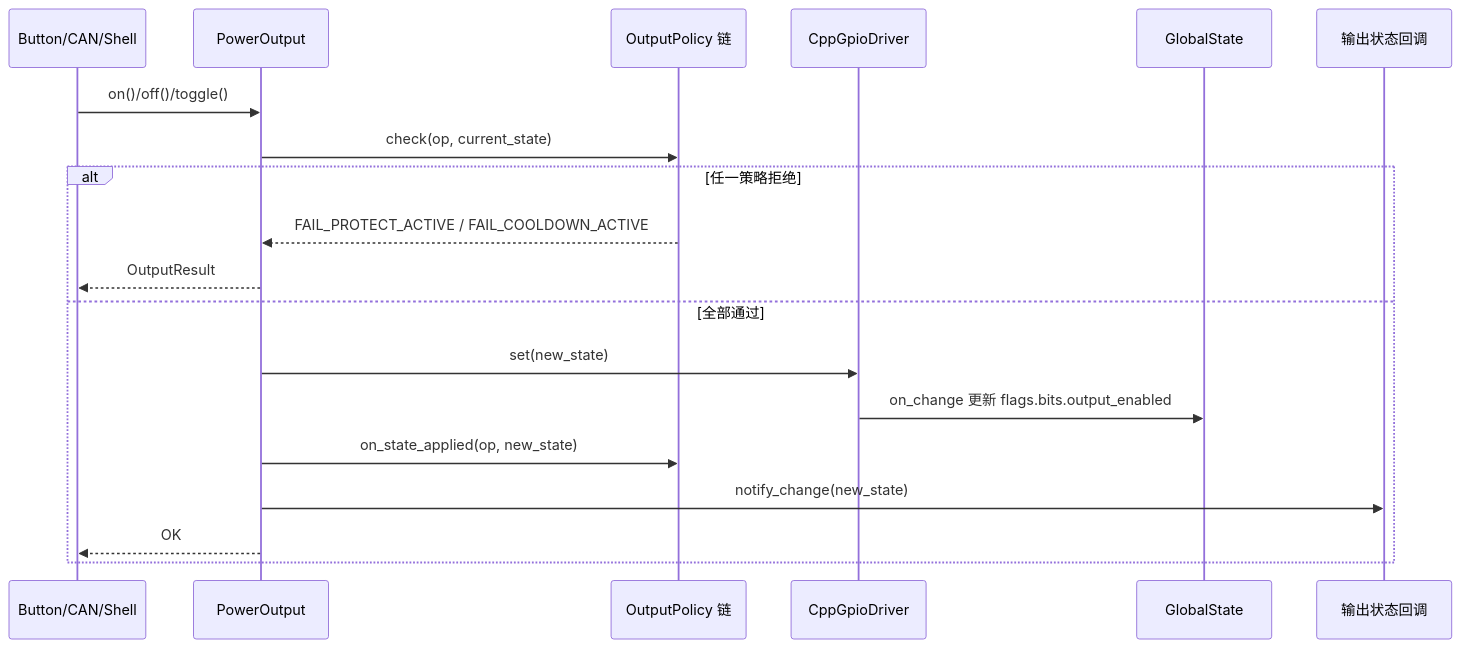
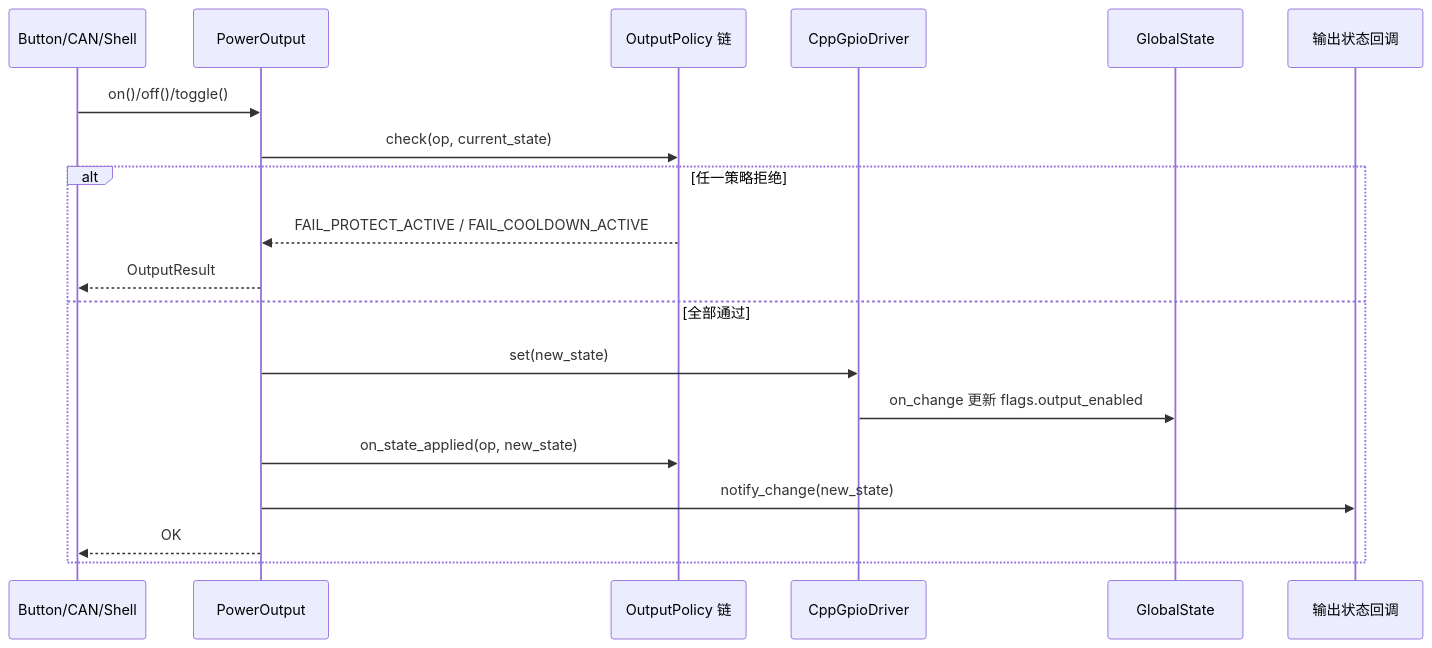
The second of 3 diagrams in components/app/power_output/README.md (qingmeijiupiao/Wireless_power_meter_lite), drawn with Mermaid before and after one commit. The commit also changed 22 other files, not shown here.

````diff
--- a/components/app/power_output/README.md
+++ b/components/app/power_output/README.md
@@ -28,22 +28,22 @@
 ```mermaid
 sequenceDiagram
     participant Caller as Button/CAN/Shell
     participant PO as PowerOutput
     participant Policy as OutputPolicy 链
     participant GPIO as CppGpioDriver
     participant GS as GlobalState
     participant CB as 输出状态回调
 
     Caller->>PO: on()/off()/toggle()
     PO->>Policy: check(op, current_state)
     alt 任一策略拒绝
         Policy-->>PO: FAIL_PROTECT_ACTIVE / FAIL_COOLDOWN_ACTIVE
         PO-->>Caller: OutputResult
     else 全部通过
         PO->>GPIO: set(new_state)
-        GPIO->>GS: on_change 更新 flags.bits.output_enabled
+        GPIO->>GS: on_change 更新 flags.output_enabled
         PO->>Policy: on_state_applied(op, new_state)
         PO->>CB: notify_change(new_state)
         PO-->>Caller: OK
     end
 ```
````
